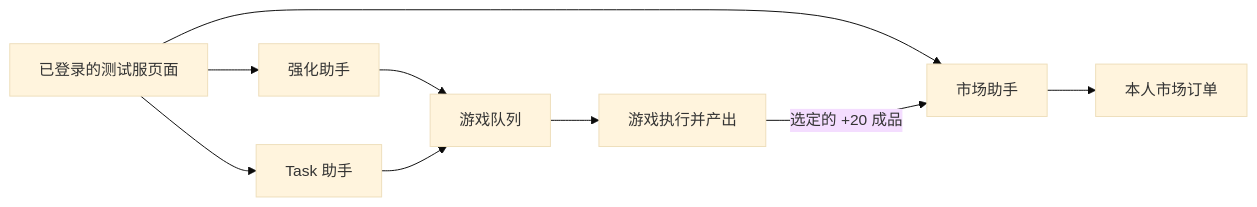
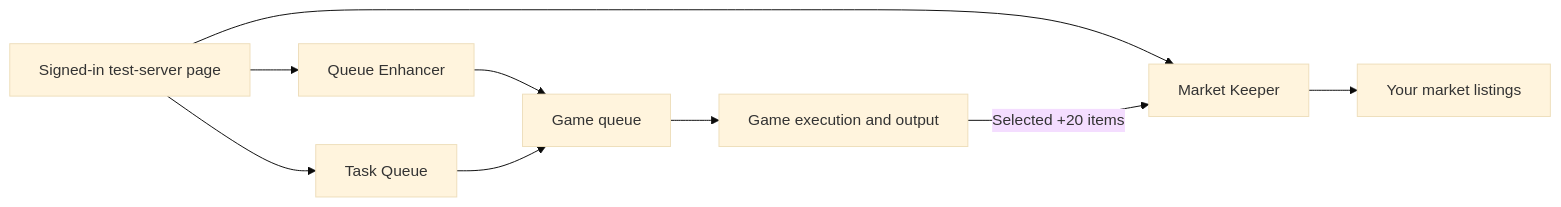
Before and after one commit to ZhonghuaM/Milky-Way: the diagram in README.md, drawn with Mermaid (base theme). The commit also changed other lines of this file and 1 other file, not shown here.

````diff
--- a/README.md
+++ b/README.md
@@ -36,11 +36,11 @@
 ```mermaid
 flowchart LR
-    Game["已登录的测试服页面"] --> Enhancer["强化助手"]
-    Game --> Tasks["Task 助手"]
-    Game --> Market["市场助手"]
-    Enhancer --> Queue["游戏队列"]
+    Game["Signed-in test-server page"] --> Enhancer["Queue Enhancer"]
+    Game --> Tasks["Task Queue"]
+    Game --> Market["Market Keeper"]
+    Enhancer --> Queue["Game queue"]
     Tasks --> Queue
-    Queue --> Output["游戏执行并产出"]
-    Output -->|"选定的 +20 成品"| Market
-    Market --> Orders["本人市场订单"]
+    Queue --> Output["Game execution and output"]
+    Output -->|"Selected +20 items"| Market
+    Market --> Orders["Your market listings"]
 ```
````
